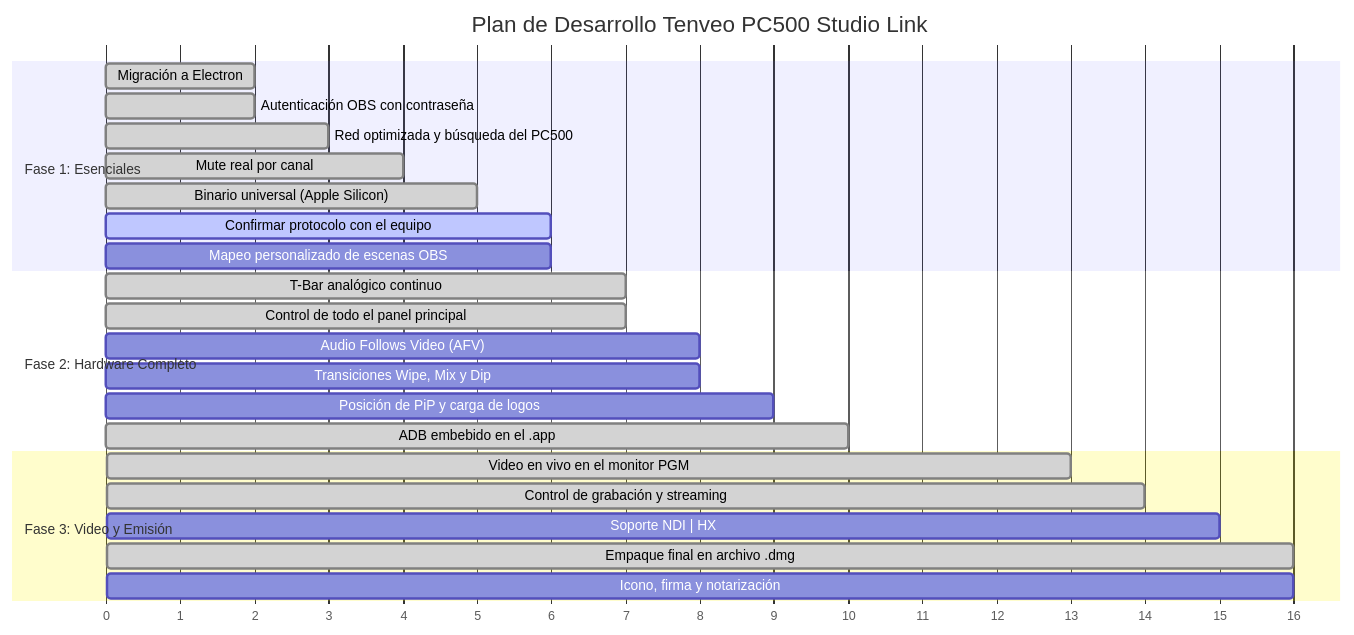
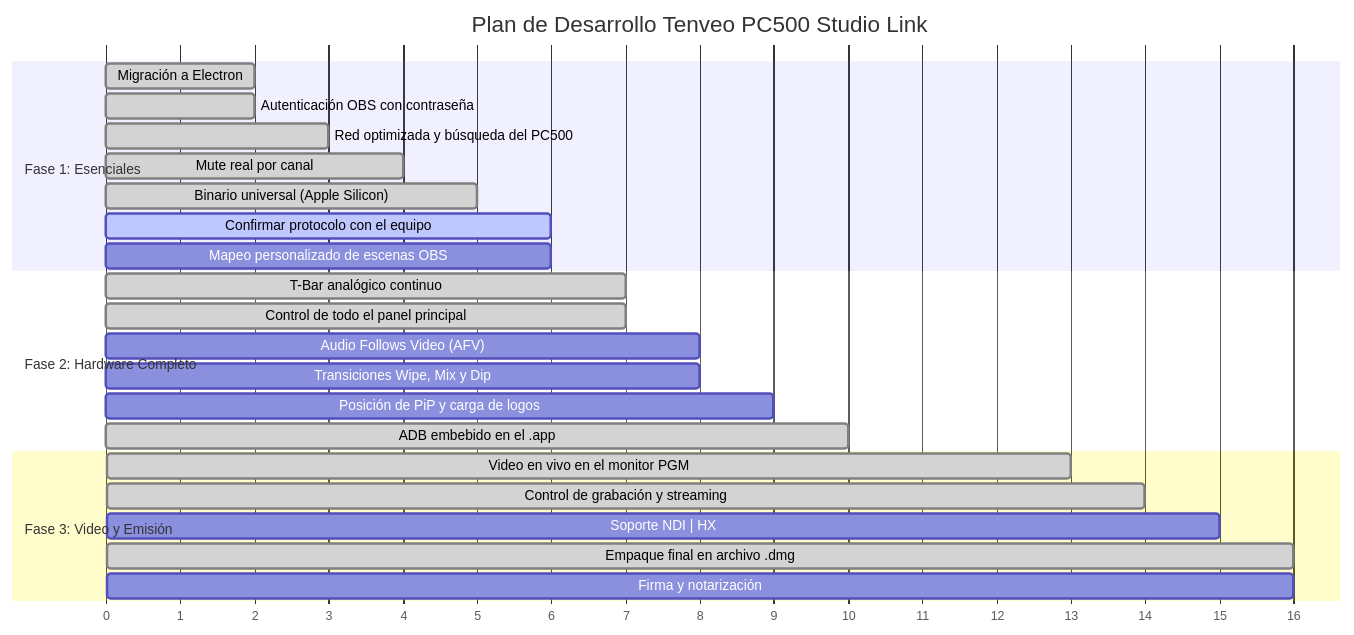
Before and after one commit to ThePunisherBaby/VeController: the diagram in PENDIENTES.md, drawn with Mermaid. The commit also changed other lines of this file and 24 other files, not shown here.

````diff
--- a/PENDIENTES.md
+++ b/PENDIENTES.md
@@ -106,30 +115,30 @@
 ```mermaid
 gantt
     title Plan de Desarrollo Tenveo PC500 Studio Link
     dateFormat  X
     axisFormat %s
 
     section Fase 1: Esenciales
     Migración a Electron                    :done, p0, 0, 2
     Autenticación OBS con contraseña        :done, p1, 0, 2
     Red optimizada y búsqueda del PC500     :done, p1b, 1, 3
     Mute real por canal                     :done, p3, 2, 4
     Binario universal (Apple Silicon)       :done, p4, 3, 5
     Confirmar protocolo con el equipo       :active, p4b, 3, 6
     Mapeo personalizado de escenas OBS     :p2, 4, 6
 
     section Fase 2: Hardware Completo
     T-Bar analógico continuo                :done, p5, 4, 7
     Control de todo el panel principal      :done, p5c, 4, 7
     Audio Follows Video (AFV)               :p5b, 5, 8
     Transiciones Wipe, Mix y Dip            :p6, 5, 8
     Posición de PiP y carga de logos        :p7, 6, 9
     ADB embebido en el .app                 :done, p8, 7, 10
 
     section Fase 3: Video y Emisión
     Video en vivo en el monitor PGM         :done, p9, 9, 13
     Control de grabación y streaming        :done, p10, 11, 14
     Soporte NDI | HX                        :p11, 12, 15
     Empaque final en archivo .dmg           :done, p12, 14, 16
-    Icono, firma y notarización             :p13, 14, 16
+    Firma y notarización                    :p13, 14, 16
 ```
````
